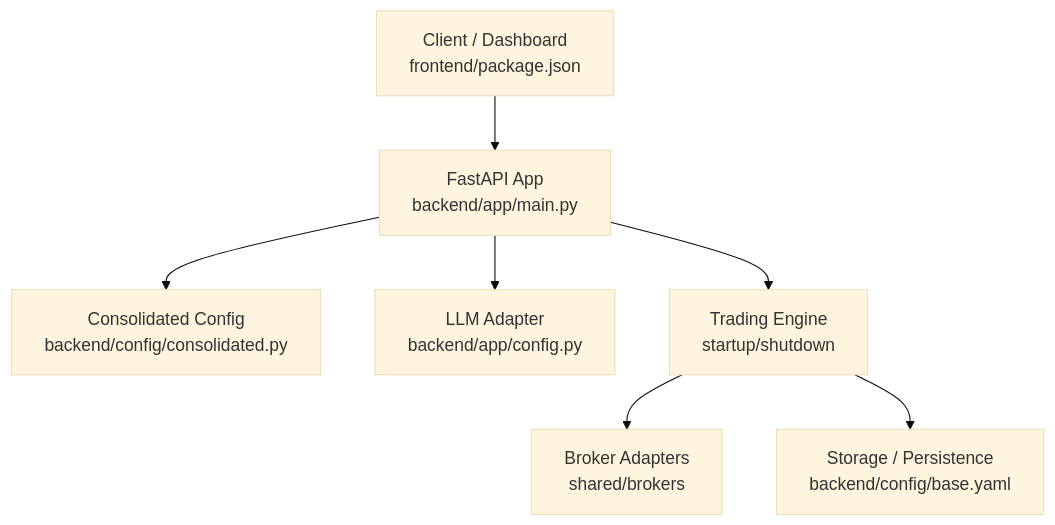
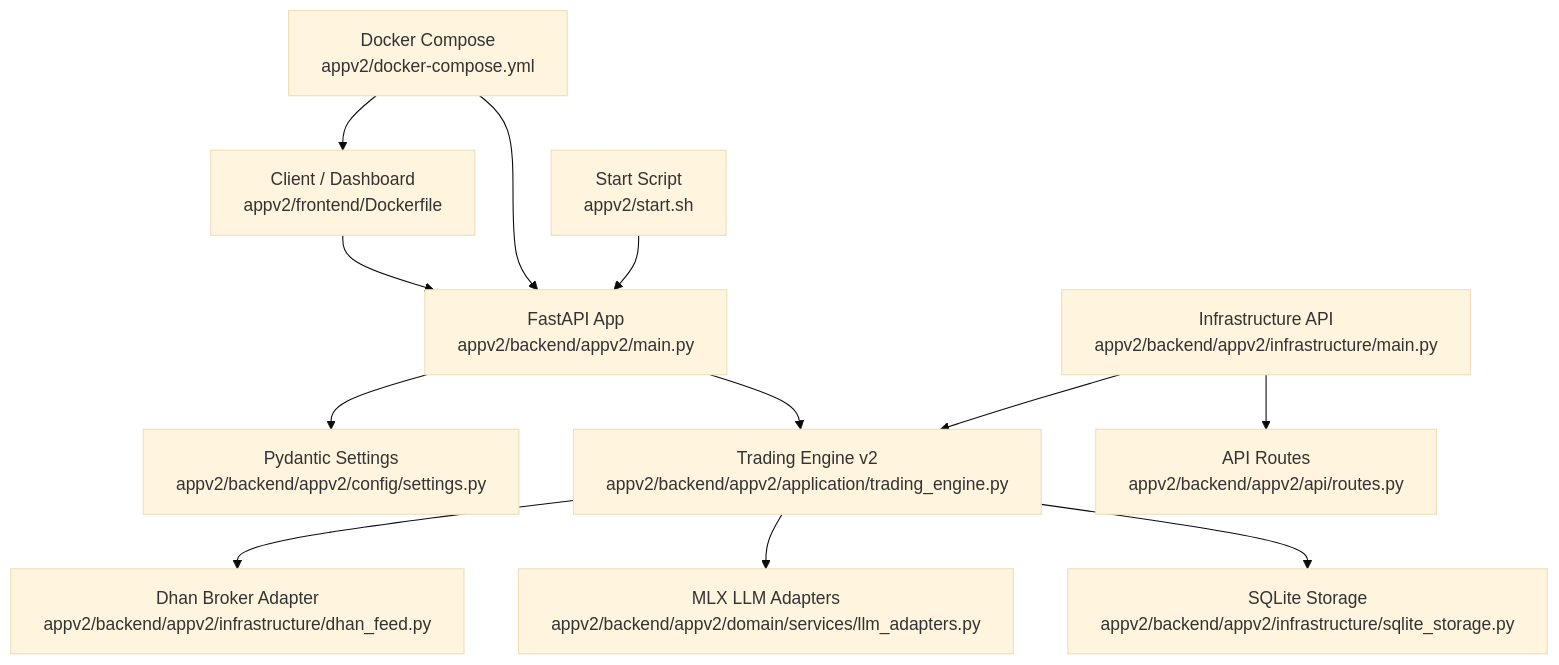
One commit to gemrajkhatry-maker/v5-of-glassytrade-ai changed the second of 4 diagrams in .qoder/repowiki/en/content/Deployment and Operations.md. Above: the diagram before and after it, drawn with Mermaid (base theme). The commit also changed other lines of this file and 930 other files, not shown here.

````diff
--- a/.qoder/repowiki/en/content/Deployment and Operations.md
+++ b/.qoder/repowiki/en/content/Deployment and Operations.md
@@ -111,16 +142,25 @@
 ```mermaid
 graph TB
-Client["Client / Dashboard<br/>frontend/package.json"]
-API["FastAPI App<br/>backend/app/main.py"]
-CFG["Consolidated Config<br/>backend/config/consolidated.py"]
-LLM["LLM Adapter<br/>backend/app/config.py"]
-Engine["Trading Engine<br/>startup/shutdown"]
-Broker["Broker Adapters<br/>shared/brokers"]
-Storage["Storage / Persistence<br/>backend/config/base.yaml"]
+Client["Client / Dashboard<br/>appv2/frontend/Dockerfile"]
+API["FastAPI App<br/>appv2/backend/appv2/main.py"]
+INFRA_API["Infrastructure API<br/>appv2/backend/appv2/infrastructure/main.py"]
+SETTINGS["Pydantic Settings<br/>appv2/backend/appv2/config/settings.py"]
+ENGINE["Trading Engine v2<br/>appv2/backend/appv2/application/trading_engine.py"]
+ROUTES["API Routes<br/>appv2/backend/appv2/api/routes.py"]
+DHAN["Dhan Broker Adapter<br/>appv2/backend/appv2/infrastructure/dhan_feed.py"]
+LLM["MLX LLM Adapters<br/>appv2/backend/appv2/domain/services/llm_adapters.py"]
+STORAGE["SQLite Storage<br/>appv2/backend/appv2/infrastructure/sqlite_storage.py"]
+CONTAINER["Docker Compose<br/>appv2/docker-compose.yml"]
+START["Start Script<br/>appv2/start.sh"]
 Client --> API
-API --> CFG
-API --> LLM
-API --> Engine
-Engine --> Broker
-Engine --> Storage
+API --> SETTINGS
+API --> ENGINE
+INFRA_API --> ROUTES
+INFRA_API --> ENGINE
+ENGINE --> DHAN
+ENGINE --> LLM
+ENGINE --> STORAGE
+CONTAINER --> API
+CONTAINER --> Client
+START --> API
 ```
````
